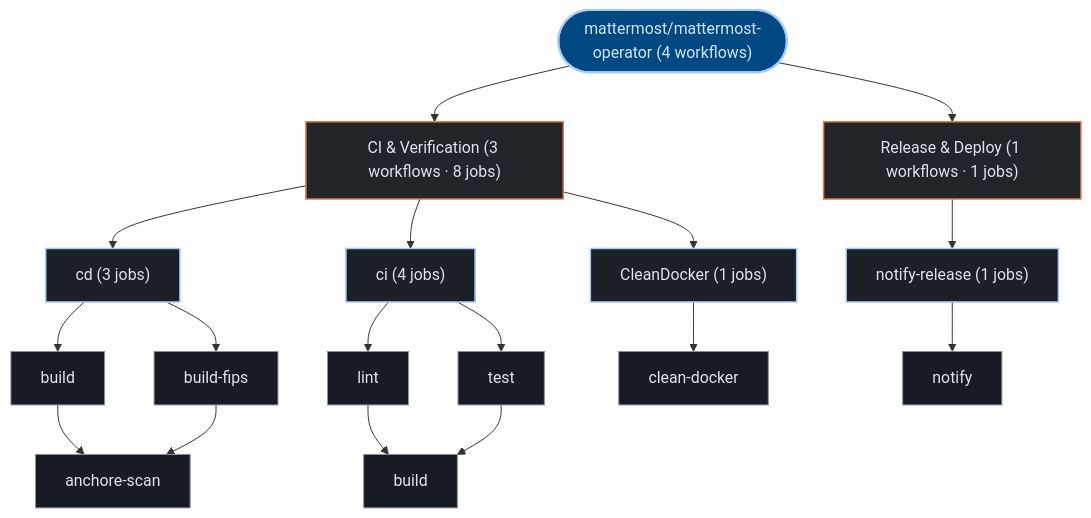
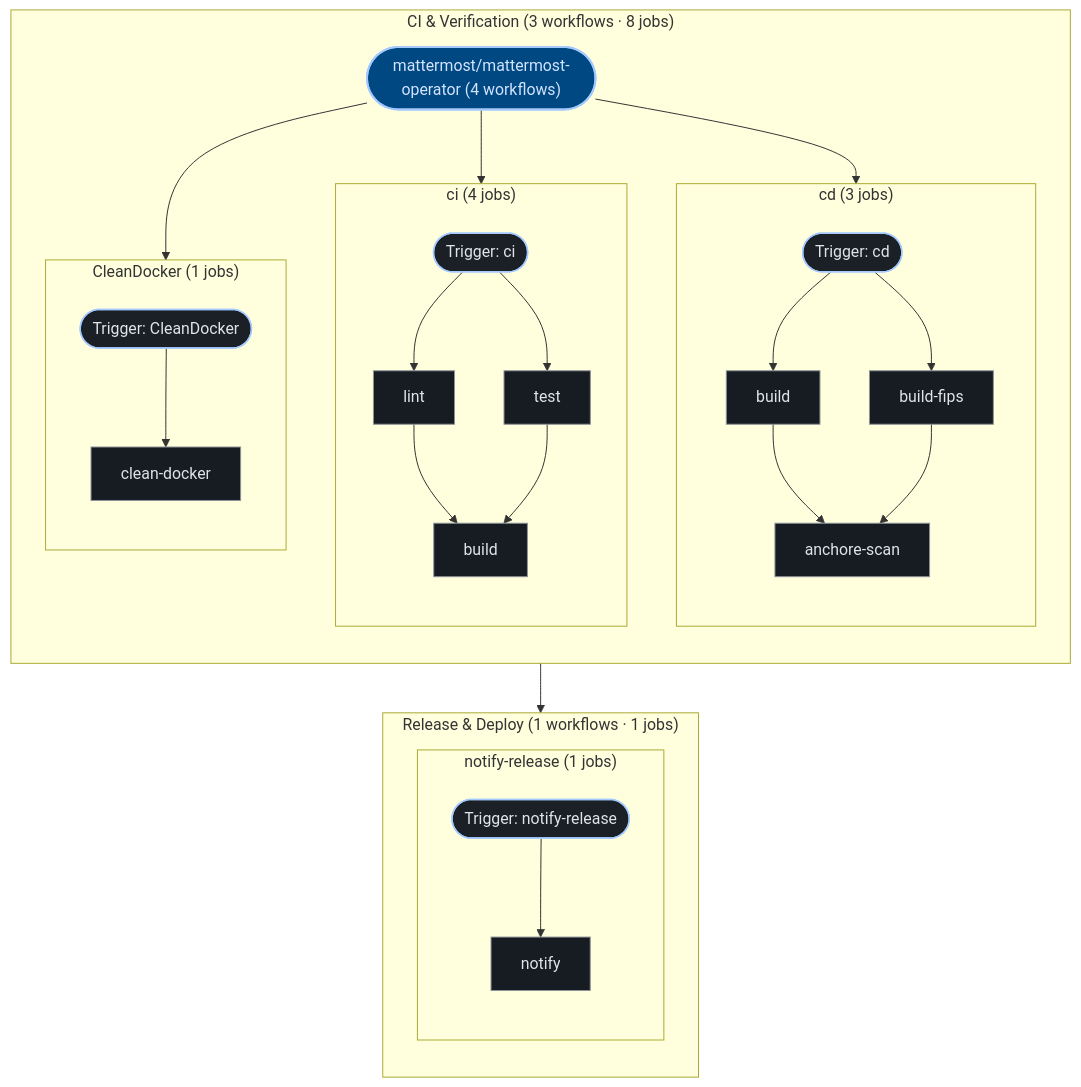
The third of 3 diagrams in exports/latest/reports/mattermost-mattermost-operator-report.md (kumarshaz/atruss-code-atlas), drawn with Mermaid before and after one commit. The commit also changed 181 other files, not shown here.

````diff
--- a/exports/latest/reports/mattermost-mattermost-operator-report.md
+++ b/exports/latest/reports/mattermost-mattermost-operator-report.md
@@ -255,41 +255,55 @@
 ```mermaid
 graph TD;
   classDef atlasRoot fill:#004882,stroke:#a3c9ff,stroke-width:2px,color:#d3e4ff
   classDef atlasCategory fill:#212428,stroke:#E87A48,stroke-width:1.5px,color:#dfe3eb
   classDef atlasWorkflow fill:#1b2026,stroke:#a3c9ff,stroke-width:1.5px,color:#dfe3eb
   classDef atlasJob fill:#171c22,stroke:#8d9199,stroke-width:1px,color:#dfe3eb
   classDef atlasTarget fill:#005227,stroke:#8bd99b,stroke-width:1.5px,color:#a7f6b6
   classDef atlasAlert fill:#93000a,stroke:#ffb4ab,stroke-width:1.5px,color:#ffdad6
   classDef atlasMore fill:#252a31,stroke:#8d9199,stroke-dasharray:4 4,color:#c3c6cf
   pipeline_root(["mattermost/mattermost-operator (4 workflows)"]):::atlasRoot
-  grp_0_CI___Verification["CI & Verification (3 workflows · 8 jobs)"]:::atlasCategory
-  pipeline_root --> grp_0_CI___Verification
-  wf_0_cd["cd (3 jobs)"]:::atlasWorkflow
-  grp_0_CI___Verification --> wf_0_cd
-  job_0_build["build"]:::atlasJob
-  job_0_build_fips["build-fips"]:::atlasJob
-  job_0_anchore_scan["anchore-scan"]:::atlasJob
-  wf_0_cd --> job_0_build
-  wf_0_cd --> job_0_build_fips
-  job_0_build --> job_0_anchore_scan
-  job_0_build_fips --> job_0_anchore_scan
-  wf_1_ci["ci (4 jobs)"]:::atlasWorkflow
-  grp_0_CI___Verification --> wf_1_ci
-  job_1_lint["lint"]:::atlasJob
-  job_1_test["test"]:::atlasJob
-  job_1_build["build"]:::atlasJob
-  wf_1_ci --> job_1_lint
-  wf_1_ci --> job_1_test
-  job_1_lint --> job_1_build
-  job_1_test --> job_1_build
-  wf_2_CleanDocker["CleanDocker (1 jobs)"]:::atlasWorkflow
-  grp_0_CI___Verification --> wf_2_CleanDocker
-  job_2_clean_docker["clean-docker"]:::atlasJob
-  wf_2_CleanDocker --> job_2_clean_docker
-  grp_1_Release___Deploy["Release & Deploy (1 workflows · 1 jobs)"]:::atlasCategory
-  pipeline_root --> grp_1_Release___Deploy
-  wf_3_notify_release["notify-release (1 jobs)"]:::atlasWorkflow
-  grp_1_Release___Deploy --> wf_3_notify_release
-  job_3_notify["notify"]:::atlasJob
-  wf_3_notify_release --> job_3_notify
+  subgraph sg_grp_0_CI___Verification["CI & Verification (3 workflows · 8 jobs)"]
+    direction TB
+    subgraph sg_wf_0_cd["cd (3 jobs)"]
+      direction TB
+      wf_0_cd(["Trigger: cd"]):::atlasWorkflow
+      job_0_build["build"]:::atlasJob
+      job_0_build_fips["build-fips"]:::atlasJob
+      job_0_anchore_scan["anchore-scan"]:::atlasJob
+      wf_0_cd --> job_0_build
+      wf_0_cd --> job_0_build_fips
+      job_0_build --> job_0_anchore_scan
+      job_0_build_fips --> job_0_anchore_scan
+    end
+    pipeline_root --> wf_0_cd
+    subgraph sg_wf_1_ci["ci (4 jobs)"]
+      direction TB
+      wf_1_ci(["Trigger: ci"]):::atlasWorkflow
+      job_1_lint["lint"]:::atlasJob
+      job_1_test["test"]:::atlasJob
+      job_1_build["build"]:::atlasJob
+      wf_1_ci --> job_1_lint
+      wf_1_ci --> job_1_test
+      job_1_lint --> job_1_build
+      job_1_test --> job_1_build
+    end
+    pipeline_root --> wf_1_ci
+    subgraph sg_wf_2_CleanDocker["CleanDocker (1 jobs)"]
+      direction TB
+      wf_2_CleanDocker(["Trigger: CleanDocker"]):::atlasWorkflow
+      job_2_clean_docker["clean-docker"]:::atlasJob
+      wf_2_CleanDocker --> job_2_clean_docker
+    end
+    pipeline_root --> wf_2_CleanDocker
+  end
+  subgraph sg_grp_1_Release___Deploy["Release & Deploy (1 workflows · 1 jobs)"]
+    direction TB
+    subgraph sg_wf_3_notify_release["notify-release (1 jobs)"]
+      direction TB
+      wf_3_notify_release(["Trigger: notify-release"]):::atlasWorkflow
+      job_3_notify["notify"]:::atlasJob
+      wf_3_notify_release --> job_3_notify
+    end
+    pipeline_root --> wf_3_notify_release
+  end
 ```
````
